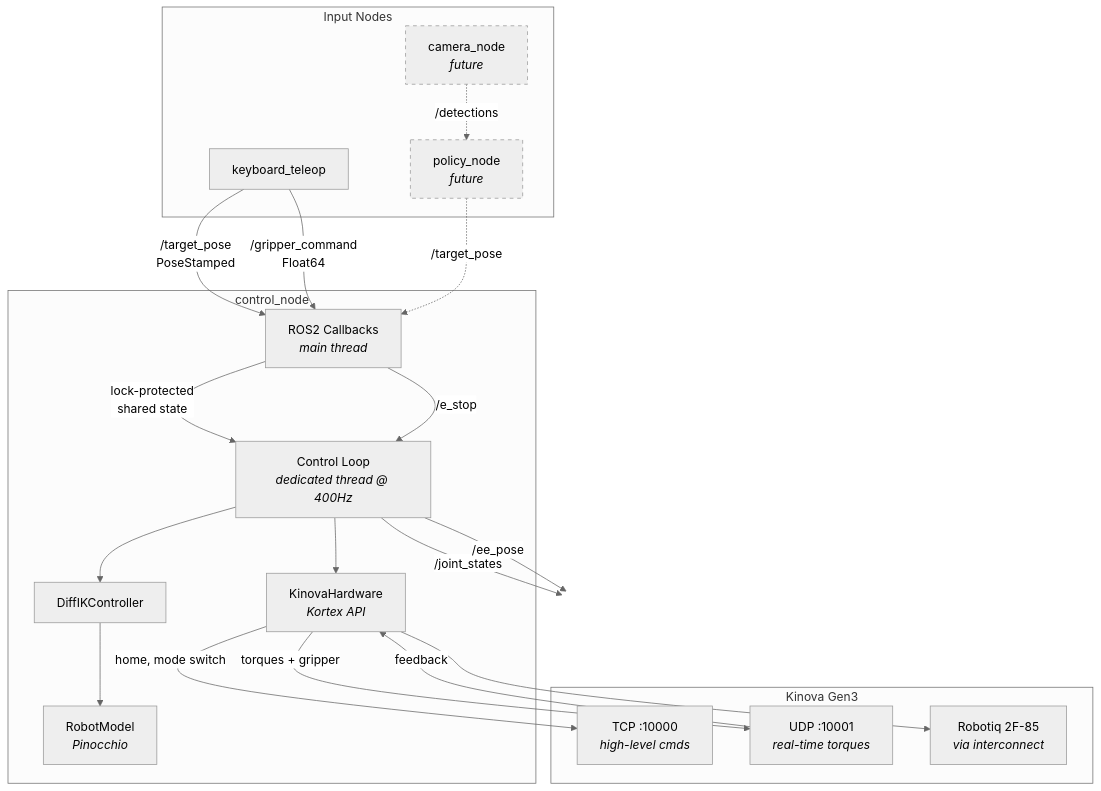
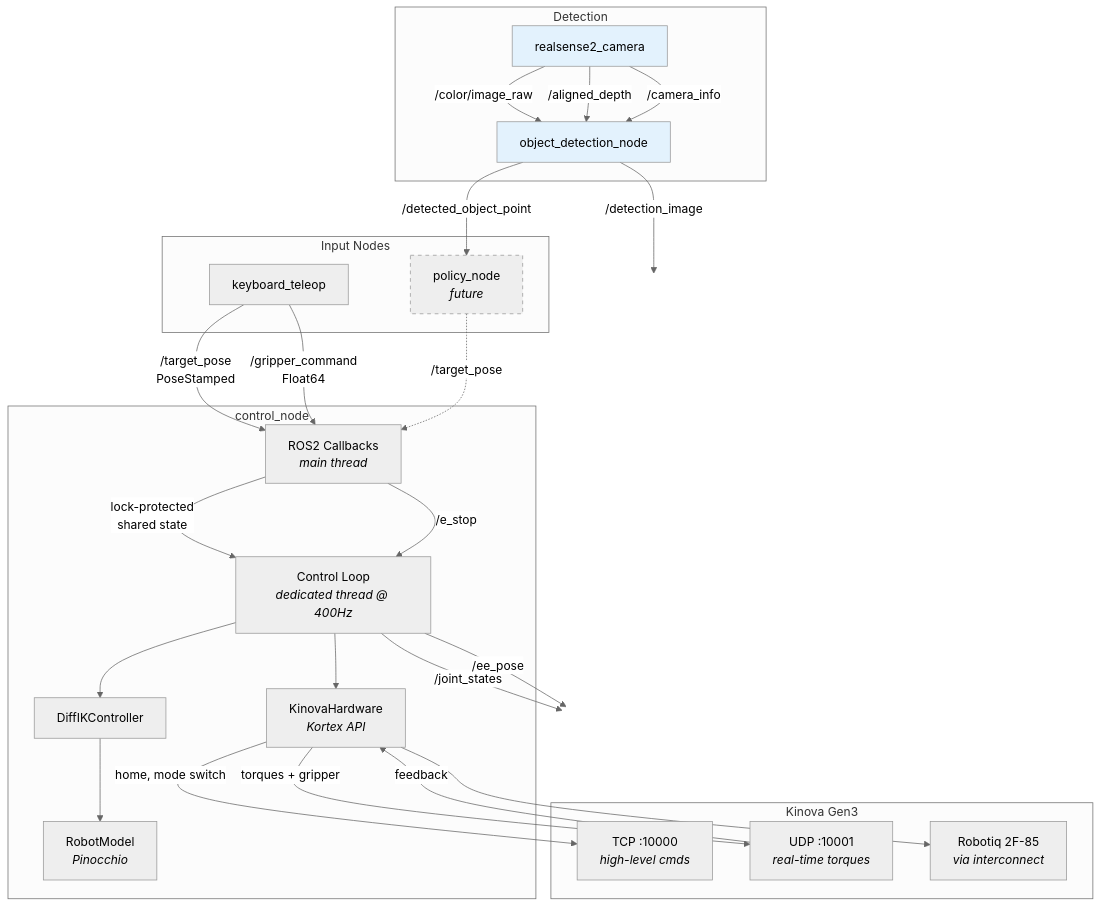
Before and after one commit to sudhirpratapyadav/manipulators: the first of 14 diagrams in ros2_ws/src/manipulators/docs/diagrams.md, drawn with Mermaid (neutral theme). The commit also changed other lines of this file and 20 other files, not shown here.

Commit message:
camera, object dection

````diff
--- a/ros2_ws/src/manipulators/docs/diagrams.md
+++ b/ros2_ws/src/manipulators/docs/diagrams.md
@@ -11,45 +11,56 @@
 ```mermaid
 graph TB
     subgraph Input Nodes
         KT[keyboard_teleop]
         PN[policy_node<br><i>future</i>]
-        CN[camera_node<br><i>future</i>]
+    end
+
+    subgraph Detection
+        RS[realsense2_camera]
+        OD[object_detection_node]
     end
 
     subgraph control_node
         CB[ROS2 Callbacks<br><i>main thread</i>]
         CL[Control Loop<br><i>dedicated thread @ 400Hz</i>]
         CTRL[DiffIKController]
         PM[RobotModel<br><i>Pinocchio</i>]
         HW[KinovaHardware<br><i>Kortex API</i>]
     end
 
     subgraph Kinova Gen3
         TCP[TCP :10000<br><i>high-level cmds</i>]
         UDP[UDP :10001<br><i>real-time torques</i>]
         GRIP[Robotiq 2F-85<br><i>via interconnect</i>]
     end
 
     KT -- /target_pose<br>PoseStamped --> CB
     KT -- /gripper_command<br>Float64 --> CB
     PN -. /target_pose .-> CB
-    CN -. /detections .-> PN
+
+    RS -- /color/image_raw --> OD
+    RS -- /aligned_depth --> OD
+    RS -- /camera_info --> OD
+    OD -- /detected_object_point --> PN
+    OD -- /detection_image --> EXT2[ ]
 
     CB -- "lock-protected<br>shared state" --> CL
     CL --> CTRL
     CTRL --> PM
     CL --> HW
 
     HW -- "torques + gripper" --> UDP
     HW -- "home, mode switch" --> TCP
     UDP -- feedback --> HW
     HW --> GRIP
 
     CL -- /joint_states --> EXT[ ]
     CL -- /ee_pose --> EXT
     CB -- /e_stop --> CL
 
     style EXT fill:none,stroke:none
-    style CN stroke-dasharray: 5 5
+    style EXT2 fill:none,stroke:none
     style PN stroke-dasharray: 5 5
+    style RS fill:#e3f2fd
+    style OD fill:#e3f2fd
 ```
````
